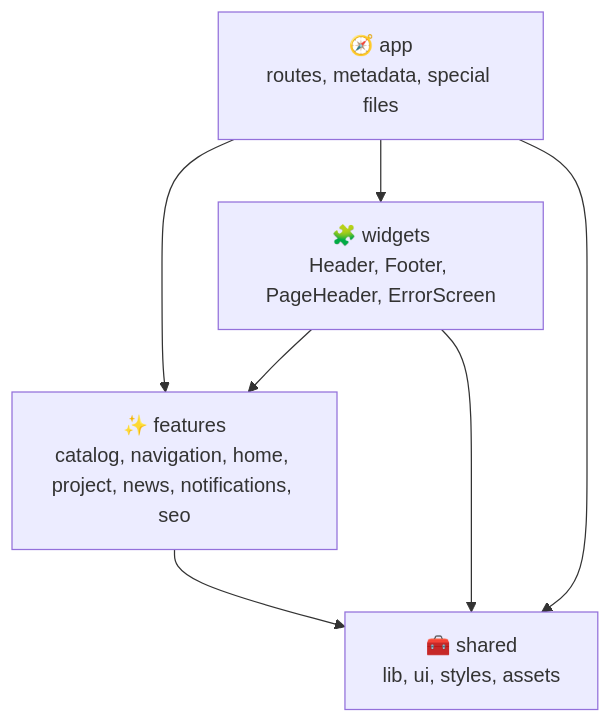
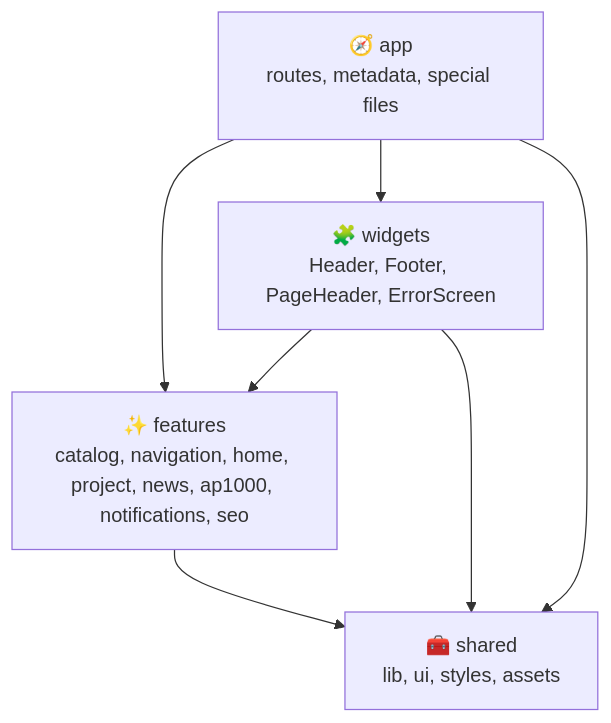
Before and after one commit to Core-Ukraine/core-web: the first of 2 diagrams in docs/architecture.md, drawn with Mermaid. The commit also changed other lines of this file and 100 other files, not shown here.

````diff
--- a/docs/architecture.md
+++ b/docs/architecture.md
@@ -7,9 +7,9 @@
 ```mermaid
 flowchart TD
   App["🧭 app<br/>routes, metadata, special files"] --> Widgets["🧩 widgets<br/>Header, Footer, PageHeader, ErrorScreen"]
   App --> Features
-  Widgets --> Features["✨ features<br/>catalog, navigation, home, project, news, notifications, seo"]
+  Widgets --> Features["✨ features<br/>catalog, navigation, home, project, news, ap1000, notifications, seo"]
   Features --> Shared["🧰 shared<br/>lib, ui, styles, assets"]
   Widgets --> Shared
   App --> Shared
 ```
````
